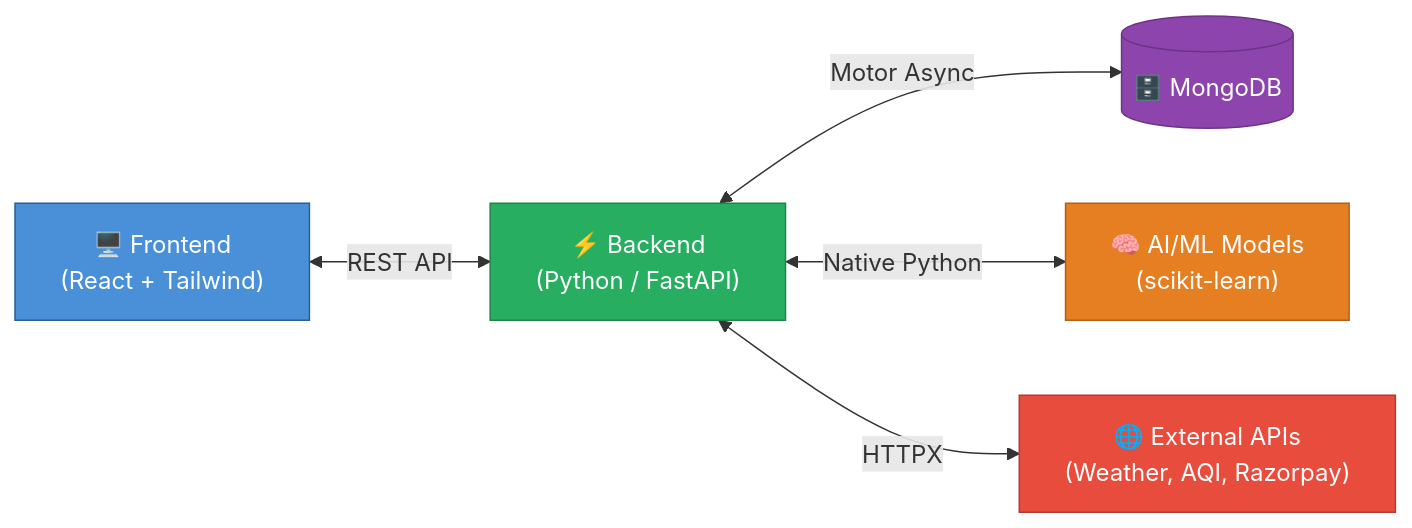
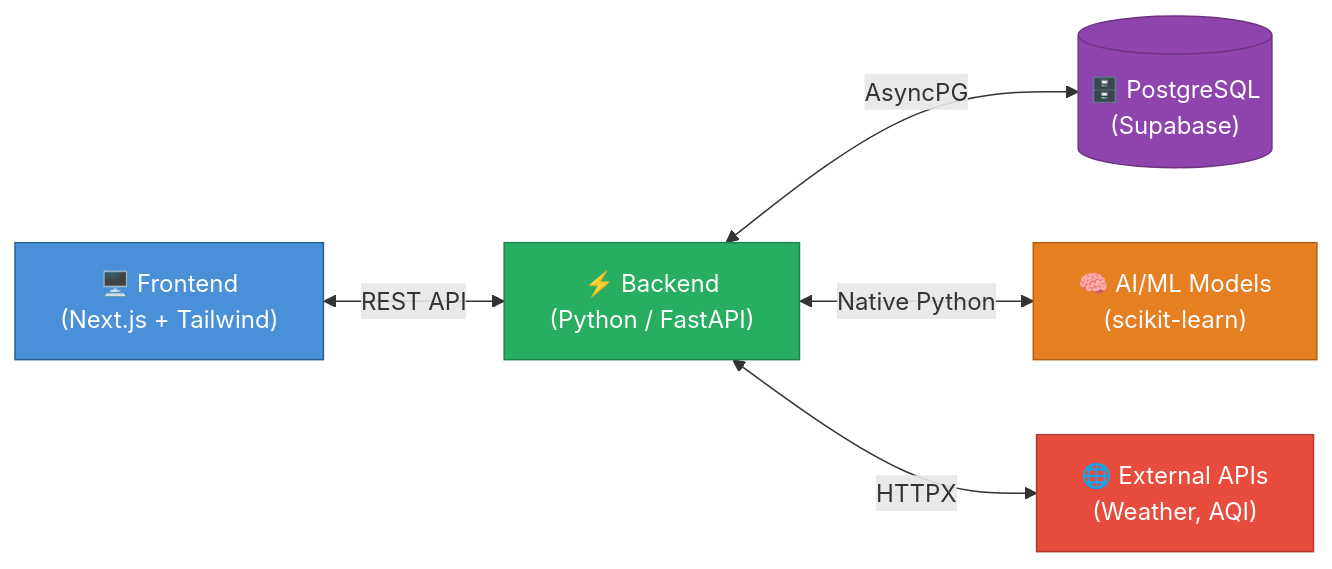
One commit to Darshitbansal02/gigshield-parametric-insurance changed the third of 3 diagrams in README.md. Above: the diagram before and after it, drawn with Mermaid. The commit also changed other lines of this file, not shown here.

Commit message:
docs: update README for Phase 2 submission, including deployment links, tech stack migration to PostgreSQL, and setup instructions.

````diff
--- a/README.md
+++ b/README.md
@@ -604,13 +618,13 @@
 ```mermaid
 flowchart LR
-    A["🖥️ Frontend\n(React + Tailwind)"] <-->|"REST API"| B["⚡ Backend\n(Python / FastAPI)"]
-    B <-->|"Motor Async"| C[("🗄️ MongoDB")]
+    A["🖥️ Frontend\n(Next.js + Tailwind)"] <-->|"REST API"| B["⚡ Backend\n(Python / FastAPI)"]
+    B <-->|"AsyncPG"| C[("🗄️ PostgreSQL\n(Supabase)")]
     B <-->|"Native Python"| D["🧠 AI/ML Models\n(scikit-learn)"]
-    B <-->|"HTTPX"| E["🌐 External APIs\n(Weather, AQI, Razorpay)"]
+    B <-->|"HTTPX"| E["🌐 External APIs\n(Weather, AQI)"]
 
     style A fill:#4A90D9,stroke:#2C5F8A,color:#fff
     style B fill:#27AE60,stroke:#1E8449,color:#fff
     style C fill:#8E44AD,stroke:#6C3483,color:#fff
     style D fill:#E67E22,stroke:#B35F18,color:#fff
     style E fill:#E74C3C,stroke:#B33A2E,color:#fff
 ```
````
